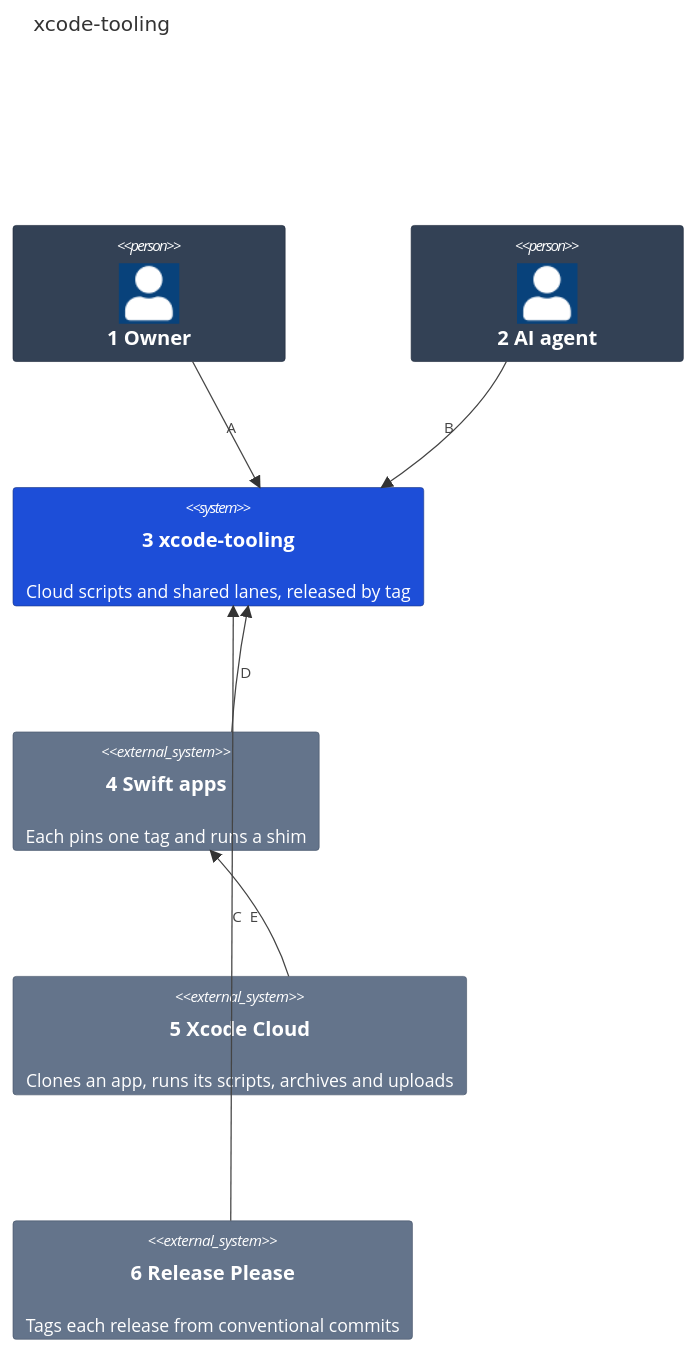
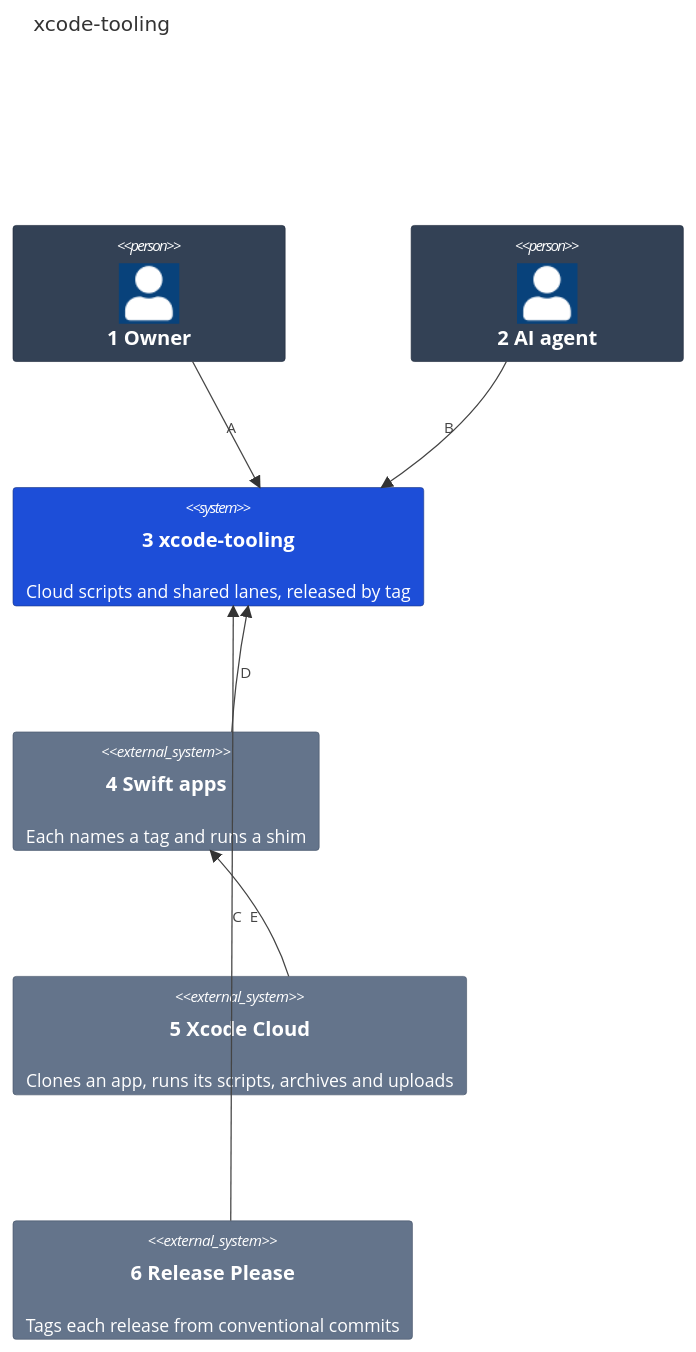
The first of 2 diagrams in docs/architecture/01-system-context.md (may-journal/xcode-tooling), drawn with Mermaid before and after one commit. The commit also changed other lines of this file and 5 other files, not shown here.

First line of the commit message:
docs(readme): each app follows the moving v1 tag (#30)

````diff
--- a/docs/architecture/01-system-context.md
+++ b/docs/architecture/01-system-context.md
@@ -3,24 +3,24 @@
 ```mermaid
 C4Context
     title xcode-tooling
 
     Person(owner, "1 Owner")
     Person(agent, "2 AI agent")
     System(tooling, "3 xcode-tooling", "Cloud scripts and shared lanes, released by tag")
-    System_Ext(apps, "4 Swift apps", "Each pins one tag and runs a shim")
+    System_Ext(apps, "4 Swift apps", "Each names a tag and runs a shim")
     System_Ext(cloud, "5 Xcode Cloud", "Clones an app, runs its scripts, archives and uploads")
     System_Ext(release, "6 Release Please", "Tags each release from conventional commits")
 
     Rel(owner, tooling, "A")
     Rel(agent, tooling, "B")
     Rel(release, tooling, "C")
     Rel(apps, tooling, "D")
     Rel(cloud, apps, "E")
 
     UpdateElementStyle(owner, $bgColor="#334155", $borderColor="#1e293b", $fontColor="#ffffff")
     UpdateElementStyle(agent, $bgColor="#334155", $borderColor="#1e293b", $fontColor="#ffffff")
     UpdateElementStyle(tooling, $bgColor="#1d4ed8", $borderColor="#1e3a8a", $fontColor="#ffffff")
     UpdateElementStyle(apps, $bgColor="#64748b", $borderColor="#475569", $fontColor="#ffffff")
     UpdateElementStyle(cloud, $bgColor="#64748b", $borderColor="#475569", $fontColor="#ffffff")
     UpdateElementStyle(release, $bgColor="#64748b", $borderColor="#475569", $fontColor="#ffffff")
 ```
````
